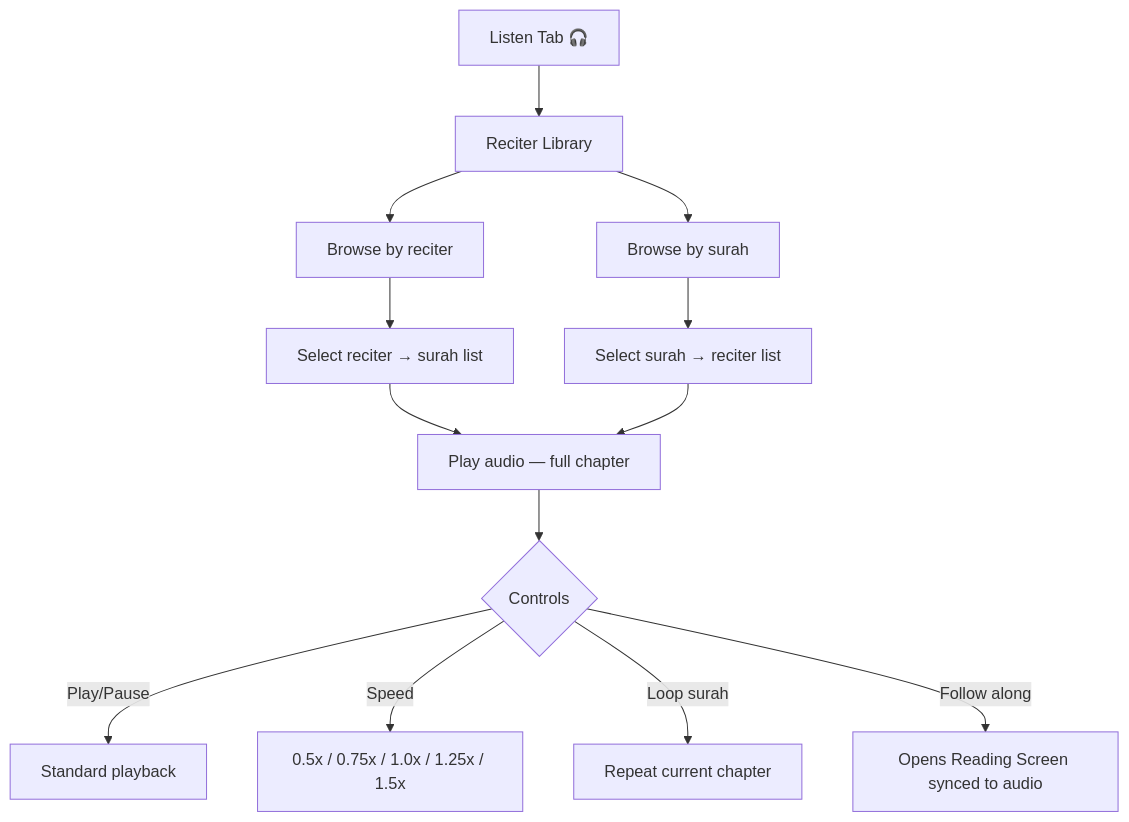
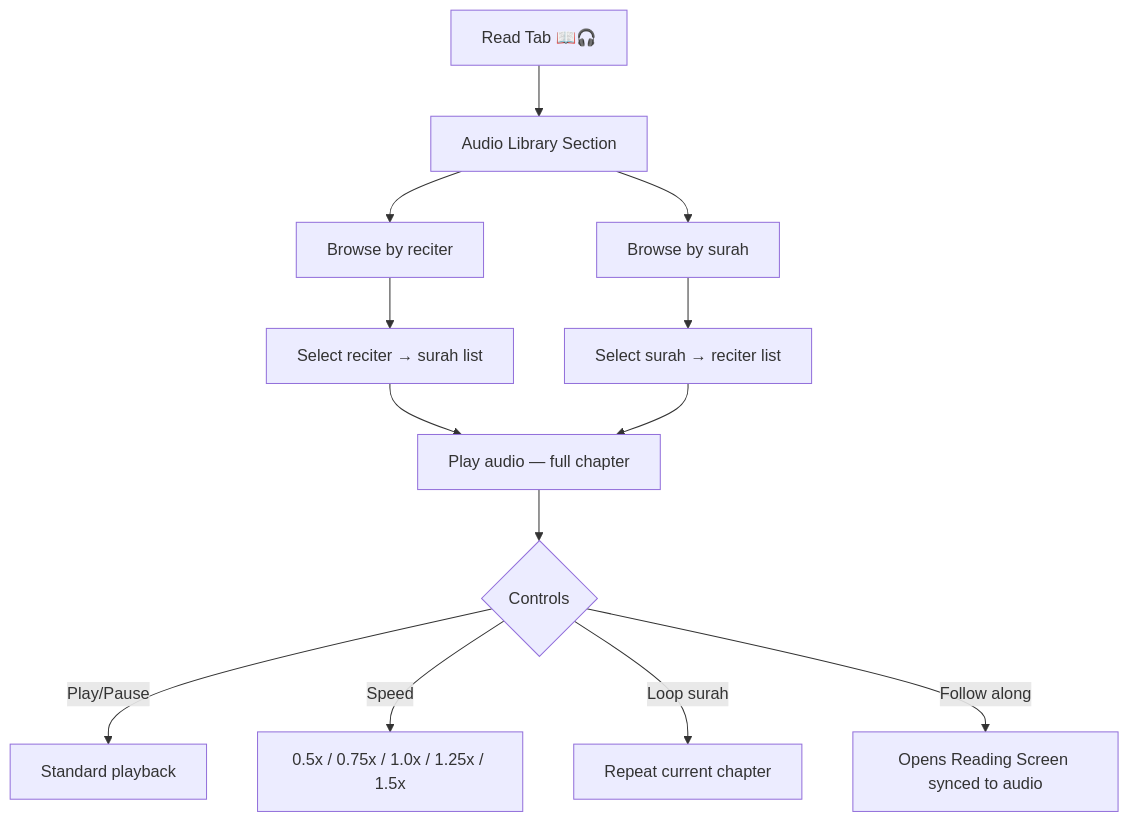
One commit to khalidouhdane/jawhar changed the ninth of 12 diagrams in docs/features/hifz/user-flows.md. Above: the diagram before and after it, drawn with Mermaid. The commit also changed other lines of this file and 12 other files, not shown here.

````diff
--- a/docs/features/hifz/user-flows.md
+++ b/docs/features/hifz/user-flows.md
@@ -473,13 +476,13 @@
 ```mermaid
 flowchart TD
-    A[Listen Tab 🎧] --> B[Reciter Library]
+    A[Read Tab 📖🎧] --> B[Audio Library Section]
     B --> C[Browse by reciter] --> D[Select reciter → surah list]
     B --> E[Browse by surah] --> F[Select surah → reciter list]
     D --> G[Play audio — full chapter]
     F --> G
     G --> H{Controls}
     H -->|Play/Pause| I[Standard playback]
     H -->|Speed| J[0.5x / 0.75x / 1.0x / 1.25x / 1.5x]
     H -->|Loop surah| K[Repeat current chapter]
     H -->|Follow along| L[Opens Reading Screen synced to audio]
 ```
````
